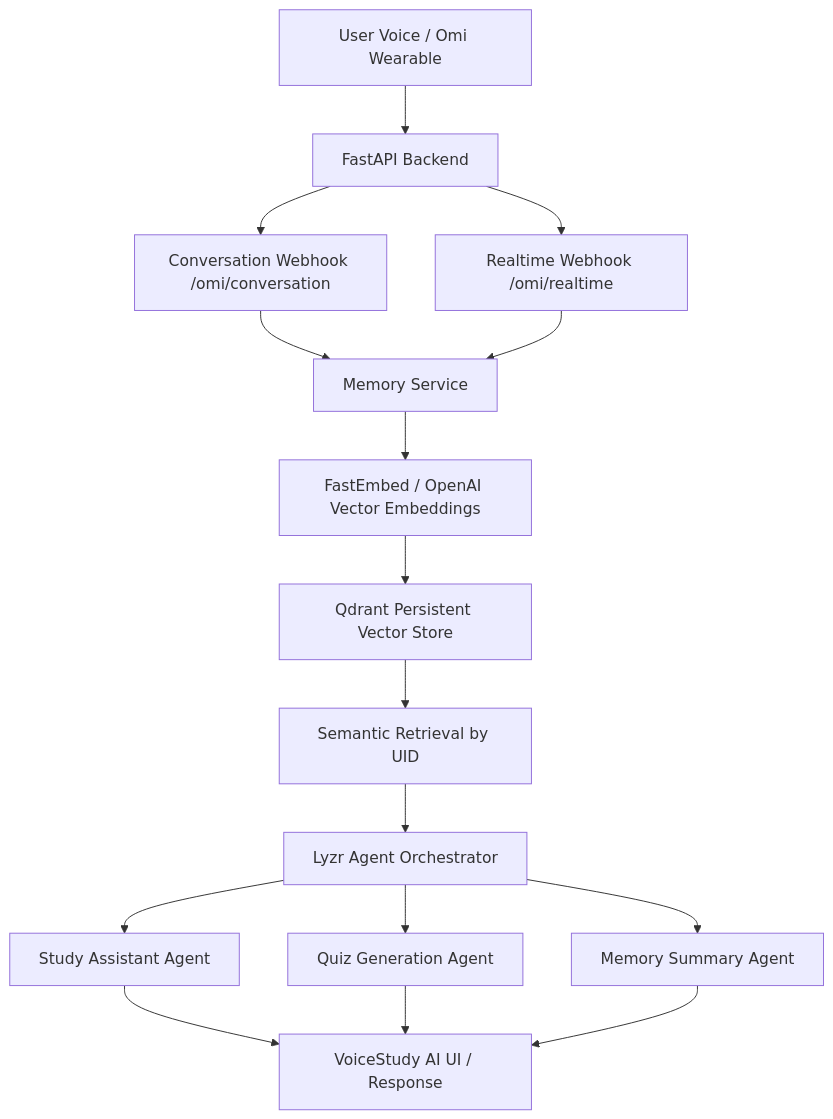
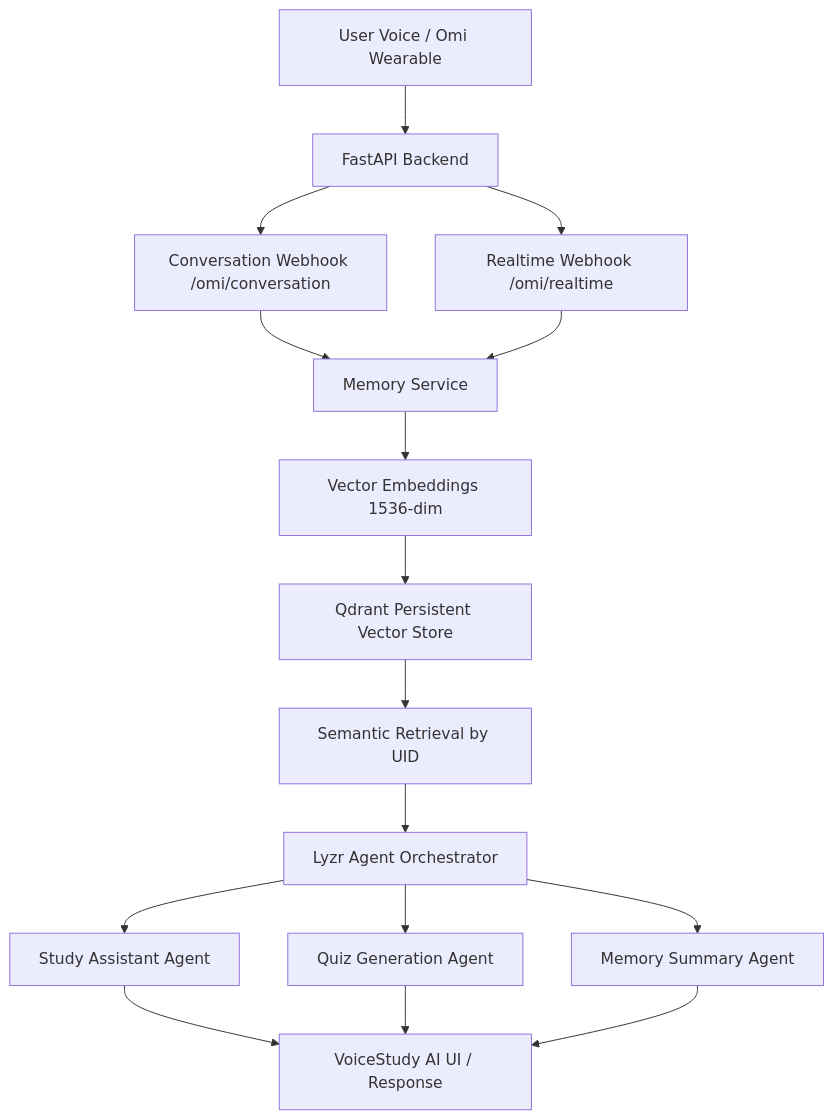
The diagram in README.md (dharmarayank946/voicestudy-ai), drawn with Mermaid before and after one commit. The commit also changed other lines of this file and 20 other files, not shown here.

````diff
--- a/README.md
+++ b/README.md
@@ -51,23 +47,23 @@
 ```mermaid
 graph TD
     A[User Voice / Omi Wearable] --> B[FastAPI Backend]
     B --> B1[Conversation Webhook /omi/conversation]
     B --> B2[Realtime Webhook /omi/realtime]
     
     B1 --> C[Memory Service]
     B2 --> C
     
-    C --> D[FastEmbed / OpenAI Vector Embeddings]
+    C --> D[Vector Embeddings 1536-dim]
     D --> E[Qdrant Persistent Vector Store]
     
     E --> F[Semantic Retrieval by UID]
     F --> G[Lyzr Agent Orchestrator]
     
     G --> H1[Study Assistant Agent]
     G --> H2[Quiz Generation Agent]
     G --> H3[Memory Summary Agent]
     
     H1 --> I[VoiceStudy AI UI / Response]
     H2 --> I
     H3 --> I
 ```
````
